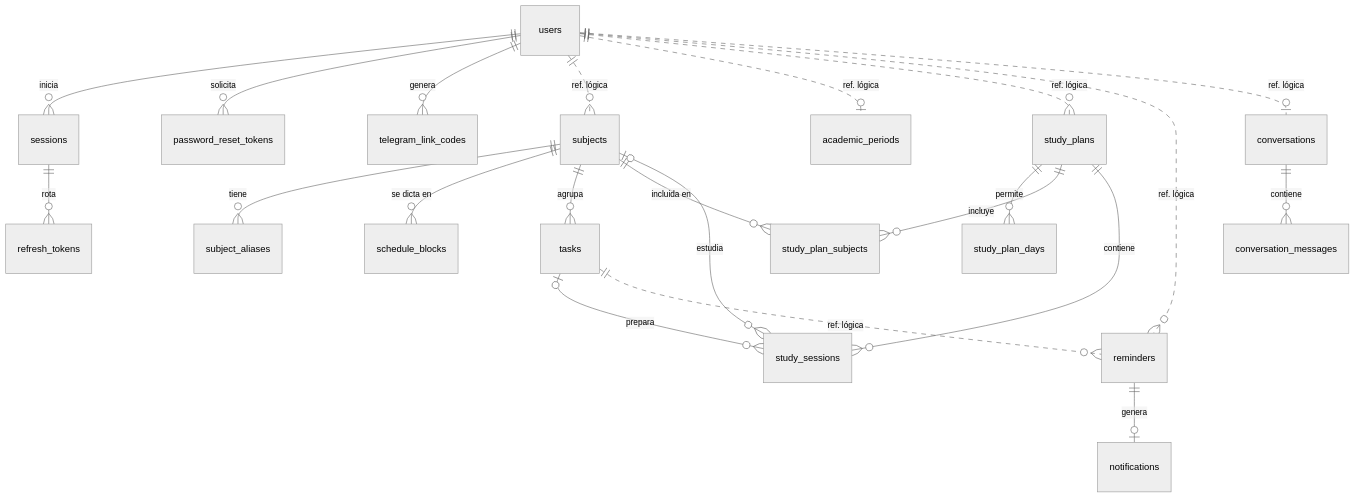
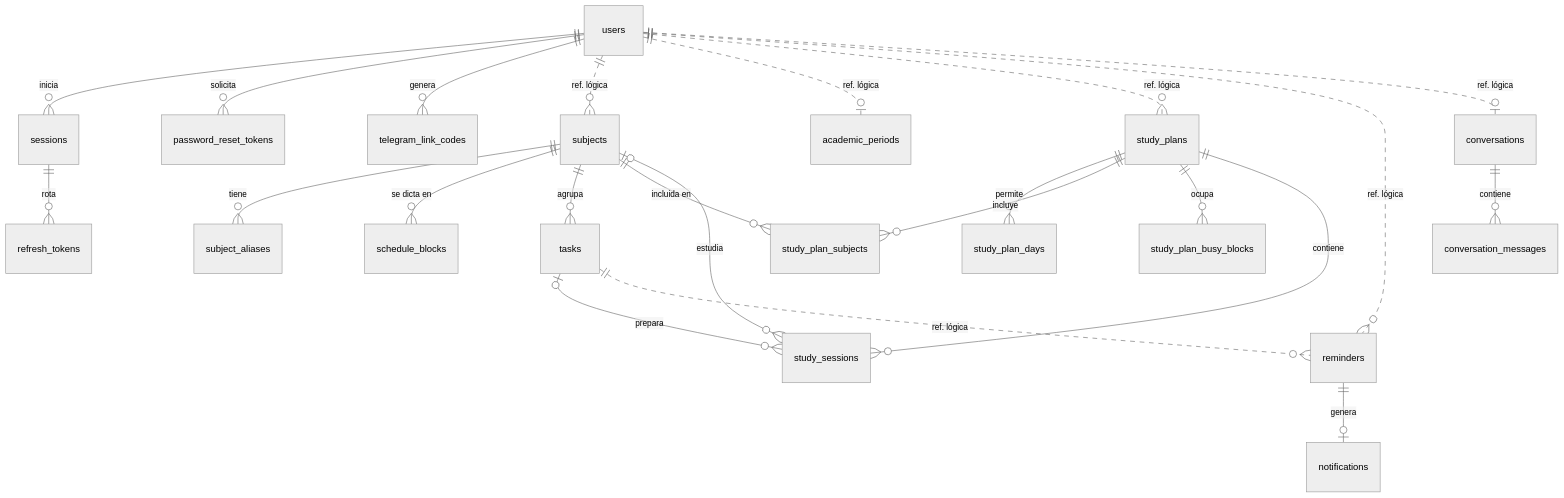
The diagram in docs/diccionario_datos.md (ISCOUTB/AS_202620_TAIA_-Task-Artificial-Intelligence-Assistant), drawn with Mermaid (neutral theme) before and after one commit. The commit also changed other lines of this file and 1 other file, not shown here.

Commit message:
docs: add onboarding, settings, study plan details and agent context rules to the requirements

````diff
--- a/docs/diccionario_datos.md
+++ b/docs/diccionario_datos.md
@@ -119,28 +122,29 @@
 ```mermaid
 erDiagram
     users ||--o{ sessions : "inicia"
     sessions ||--o{ refresh_tokens : "rota"
     users ||--o{ password_reset_tokens : "solicita"
     users ||--o{ telegram_link_codes : "genera"
 
     subjects ||--o{ subject_aliases : "tiene"
     subjects ||--o{ schedule_blocks : "se dicta en"
     subjects ||--o{ tasks : "agrupa"
     study_plans ||--o{ study_plan_days : "permite"
     study_plans ||--o{ study_plan_subjects : "incluye"
     subjects ||--o{ study_plan_subjects : "incluida en"
+    study_plans ||--o{ study_plan_busy_blocks : "ocupa"
     study_plans ||--o{ study_sessions : "contiene"
     subjects |o--o{ study_sessions : "estudia"
     tasks |o--o{ study_sessions : "prepara"
 
     reminders ||--o| notifications : "genera"
 
     conversations ||--o{ conversation_messages : "contiene"
 
     users ||..o{ subjects : "ref. lógica"
     users ||..o| academic_periods : "ref. lógica"
     users ||..o{ study_plans : "ref. lógica"
     users ||..o{ reminders : "ref. lógica"
     tasks ||..o{ reminders : "ref. lógica"
     users ||..o| conversations : "ref. lógica"
 ```
````
